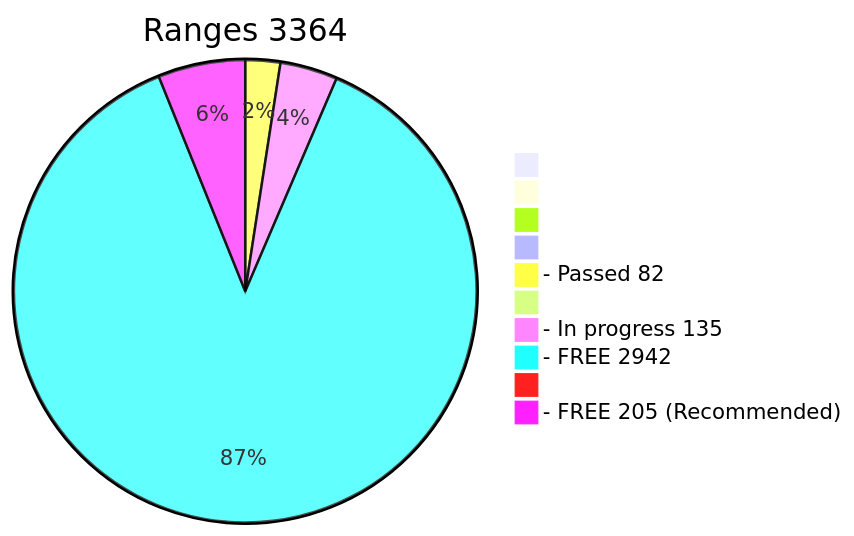
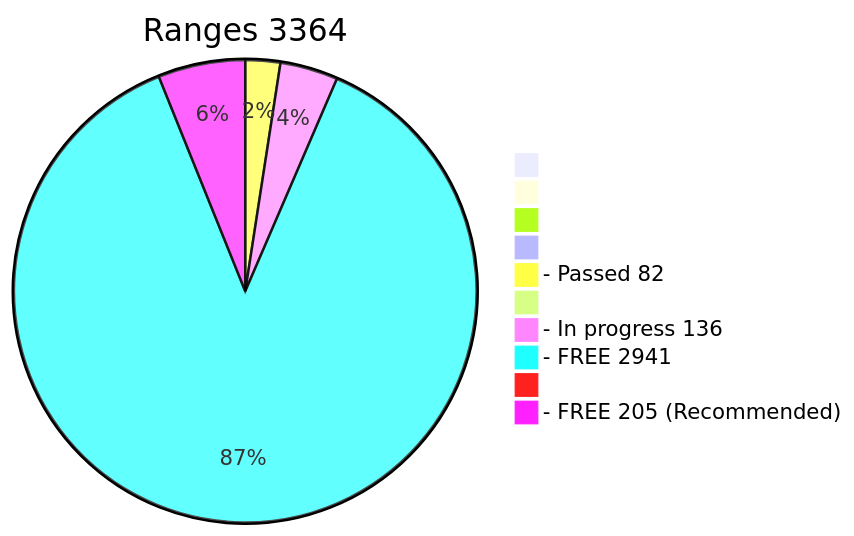
The diagram in x64/Release/table.md (phrutis/wif500), drawn with Mermaid before and after one commit. The commit also changed other lines of this file, not shown here.

````diff
--- a/x64/Release/table.md
+++ b/x64/Release/table.md
@@ -3,13 +3,13 @@
 ```mermaid
 pie title Ranges 3364
   " " : 0
   "  " : 0
   "   " : 0
   "    " : 0
   "- Passed 82" : 82
   "     " : 0
-  "- In progress 135" : 135
-  "- FREE 2942" : 2942
+  "- In progress 136" : 136
+  "- FREE 2941" : 2941
   "      " : 0
   "- FREE 205 (Recommended)" : 205
 ```
````
